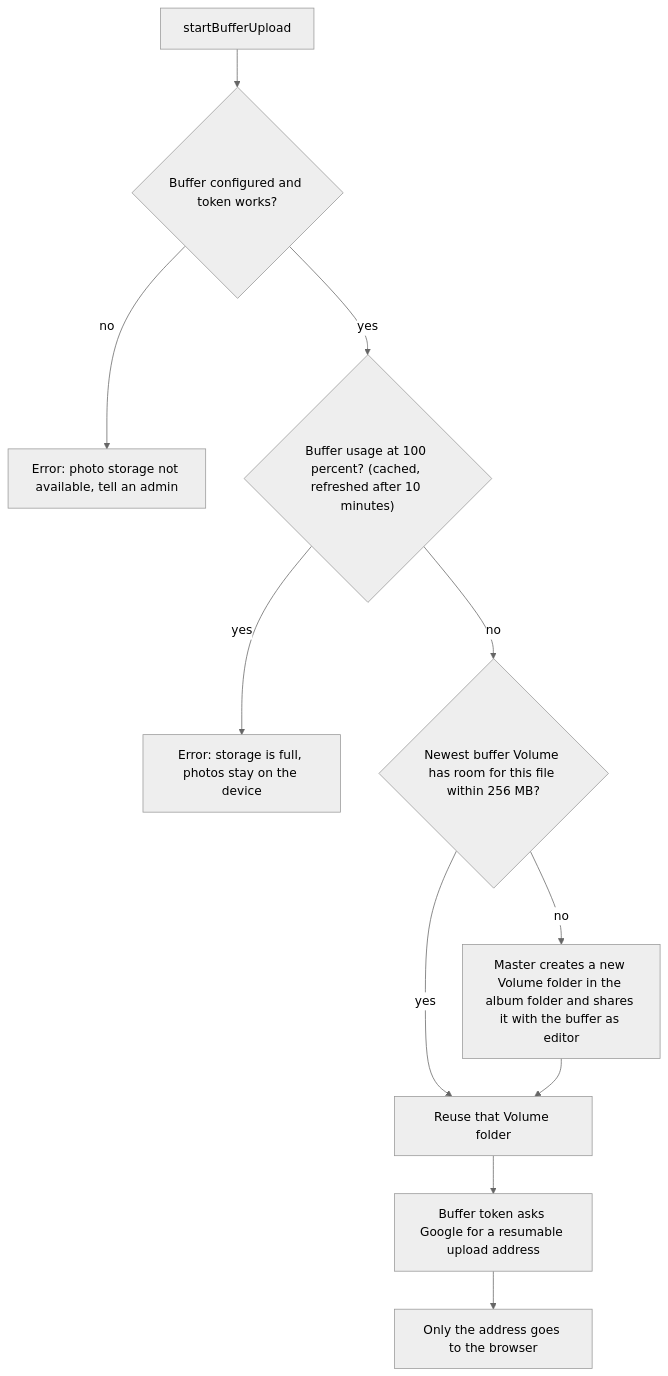
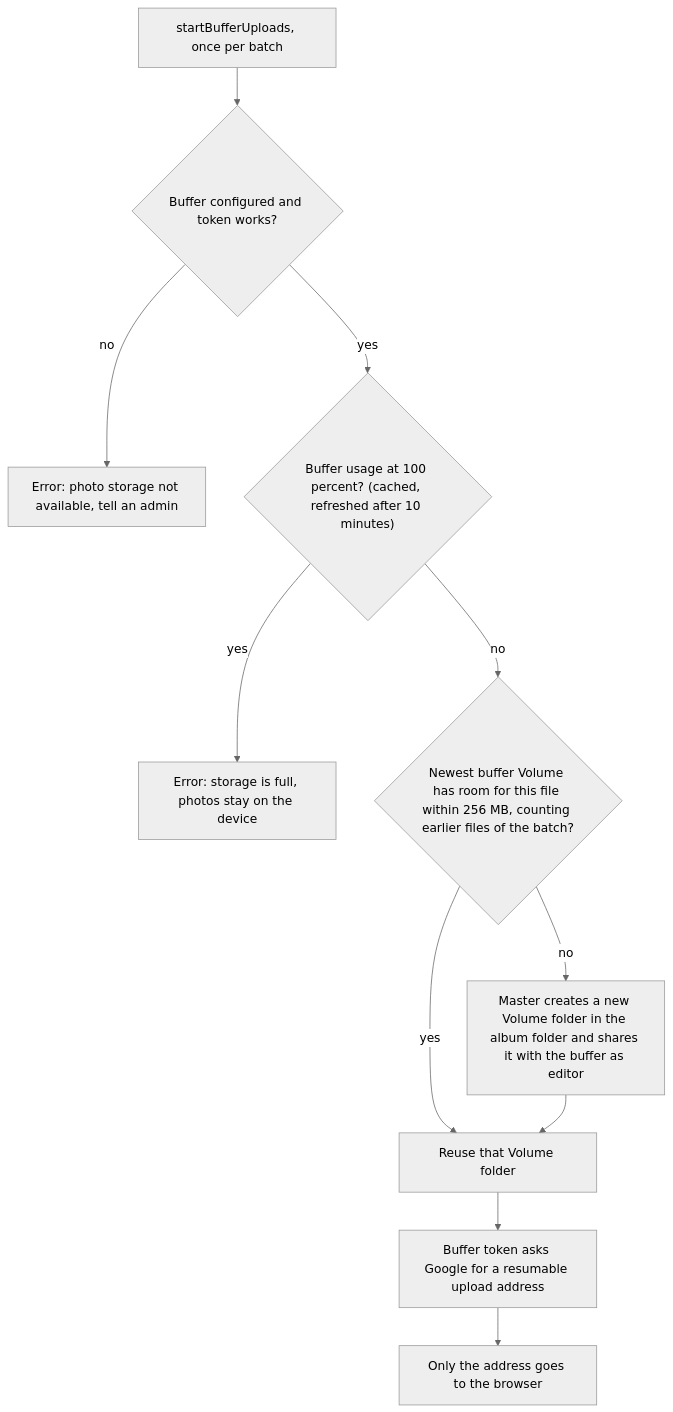
The second of 2 diagrams in docs/scenarios/member/albums/upload.md (sagyzdop/meriksirat), drawn with Mermaid (neutral theme) before and after one commit. The commit also changed other lines of this file and 69 other files, not shown here.

First line of the commit message:
perf(albums): batch upload sessions and confirms; keep code errors out of the UI

````diff
--- a/docs/scenarios/member/albums/upload.md
+++ b/docs/scenarios/member/albums/upload.md
@@ -53,13 +59,13 @@
 ```mermaid
 flowchart TD
-    A["startBufferUpload"] --> B{"Buffer configured and token works?"}
+    A["startBufferUploads, once per batch"] --> B{"Buffer configured and token works?"}
     B -- no --> X1["Error: photo storage not available, tell an admin"]
     B -- yes --> C{"Buffer usage at 100 percent? (cached, refreshed after 10 minutes)"}
     C -- yes --> X2["Error: storage is full, photos stay on the device"]
-    C -- no --> D{"Newest buffer Volume has room for this file within 256 MB?"}
+    C -- no --> D{"Newest buffer Volume has room for this file within 256 MB, counting earlier files of the batch?"}
     D -- yes --> F["Reuse that Volume folder"]
     D -- no --> E["Master creates a new Volume folder in the album folder and shares it with the buffer as editor"]
     E --> F
     F --> G["Buffer token asks Google for a resumable upload address"]
     G --> H["Only the address goes to the browser"]
 ```
````
